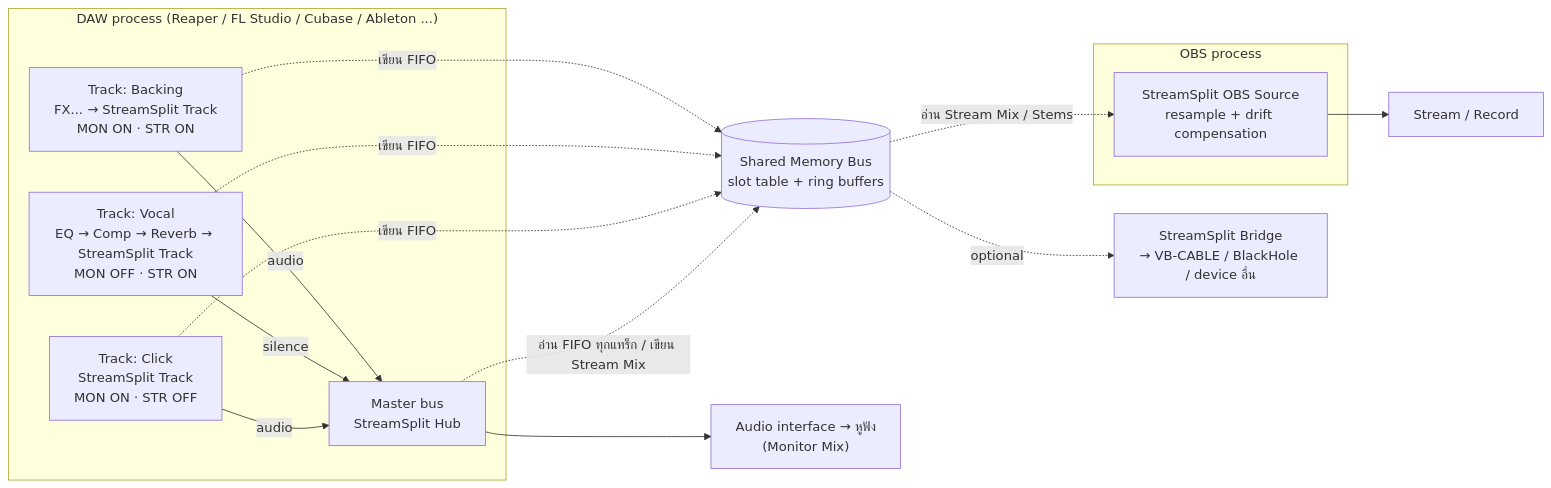
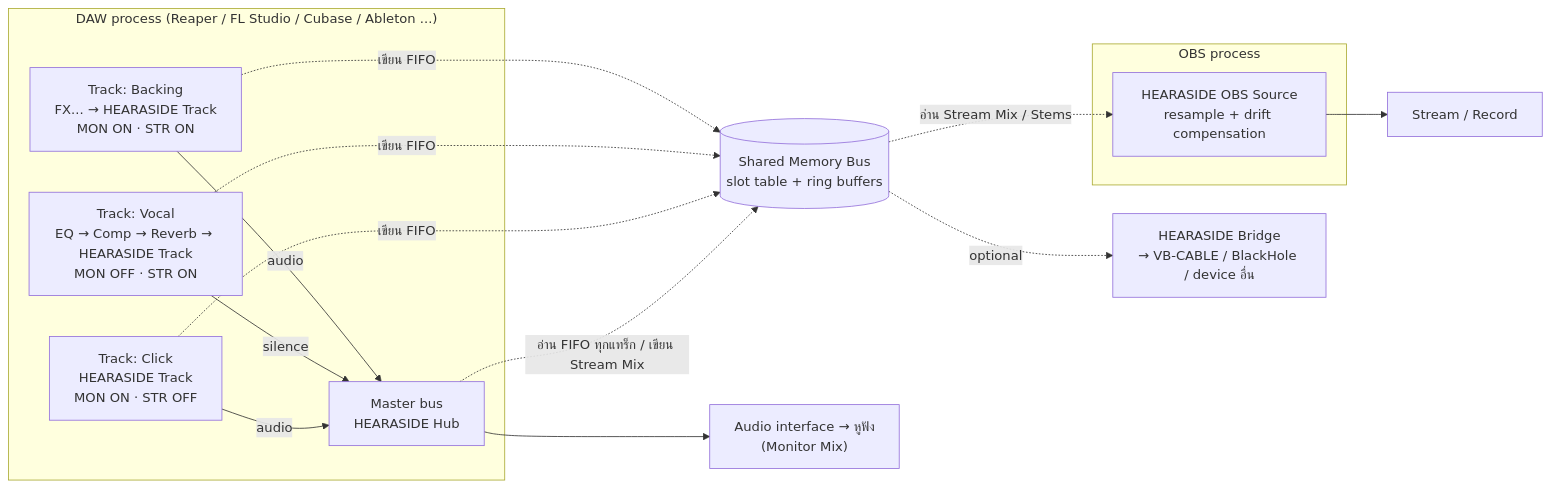
Before and after one commit to ArmZOfficial/hearaside: the diagram in docs/plan.md, drawn with Mermaid. The commit also changed other lines of this file and 45 other files, not shown here.

````diff
--- a/docs/plan.md
+++ b/docs/plan.md
@@ -185,26 +185,26 @@
 ```mermaid
 flowchart LR
   subgraph DAW["DAW process (Reaper / FL Studio / Cubase / Ableton ...)"]
-    T1["Track: Backing<br/>FX... → StreamSplit Track<br/>MON ON · STR ON"]
-    T2["Track: Vocal<br/>EQ → Comp → Reverb → StreamSplit Track<br/>MON OFF · STR ON"]
-    T3["Track: Click<br/>StreamSplit Track<br/>MON ON · STR OFF"]
-    M["Master bus<br/>StreamSplit Hub"]
+    T1["Track: Backing<br/>FX... → HEARASIDE Track<br/>MON ON · STR ON"]
+    T2["Track: Vocal<br/>EQ → Comp → Reverb → HEARASIDE Track<br/>MON OFF · STR ON"]
+    T3["Track: Click<br/>HEARASIDE Track<br/>MON ON · STR OFF"]
+    M["Master bus<br/>HEARASIDE Hub"]
     T1 -- "audio" --> M
     T2 -- "silence" --> M
     T3 -- "audio" --> M
   end
 
   SHM[("Shared Memory Bus<br/>slot table + ring buffers")]
   T1 -. "เขียน FIFO" .-> SHM
   T2 -. "เขียน FIFO" .-> SHM
   T3 -. "เขียน FIFO" .-> SHM
   M -. "อ่าน FIFO ทุกแทร็ก / เขียน Stream Mix" .-> SHM
   M --> IF["Audio interface → หูฟัง<br/>(Monitor Mix)"]
 
   subgraph OBS["OBS process"]
-    SRC["StreamSplit OBS Source<br/>resample + drift compensation"]
+    SRC["HEARASIDE OBS Source<br/>resample + drift compensation"]
   end
   SHM -. "อ่าน Stream Mix / Stems" .-> SRC
   SRC --> LIVE["Stream / Record"]
-  SHM -. "optional" .-> BR["StreamSplit Bridge<br/>→ VB-CABLE / BlackHole / device อื่น"]
+  SHM -. "optional" .-> BR["HEARASIDE Bridge<br/>→ VB-CABLE / BlackHole / device อื่น"]
 ```
````
